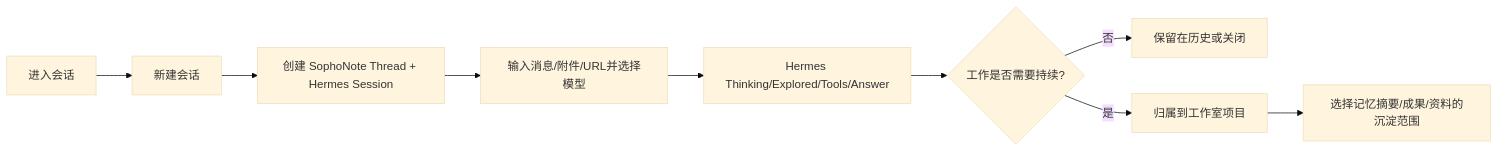
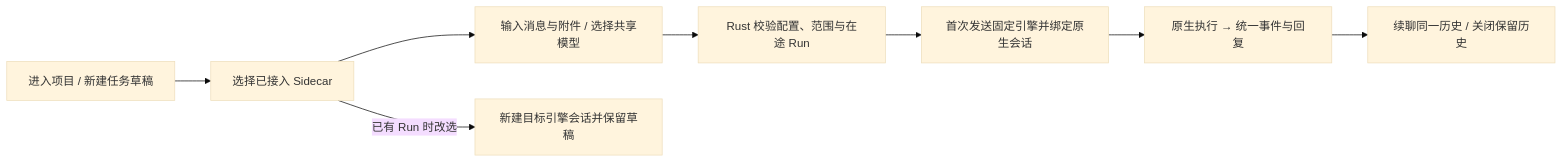
Before and after one commit to MarkingYang/sophonote: the second of 5 diagrams in docs/PRD.md, drawn with Mermaid (base theme). The commit also changed other lines of this file and 119 other files, not shown here.

````diff
--- a/docs/PRD.md
+++ b/docs/PRD.md
@@ -201,11 +236,10 @@
 ```mermaid
 flowchart LR
-  A["进入会话"] --> B["新建会话"]
-  B --> C["创建 SophoNote Thread + Hermes Session"]
-  C --> D["输入消息/附件/URL并选择模型"]
-  D --> E["Hermes Thinking/Explored/Tools/Answer"]
-  E --> F{"工作是否需要持续?"}
-  F -->|否| G["保留在历史或关闭"]
-  F -->|是| H["归属到工作室项目"]
-  H --> I["选择记忆摘要/成果/资料的沉淀范围"]
+  A["进入项目 / 新建任务草稿"] --> B["选择已接入 Sidecar"]
+  B --> C["输入消息与附件 / 选择共享模型"]
+  C --> D["Rust 校验配置、范围与在途 Run"]
+  D --> E["首次发送固定引擎并绑定原生会话"]
+  E --> F["原生执行 → 统一事件与回复"]
+  F --> G["续聊同一历史 / 关闭保留历史"]
+  B -->|已有 Run 时改选| H["新建目标引擎会话并保留草稿"]
 ```
````
